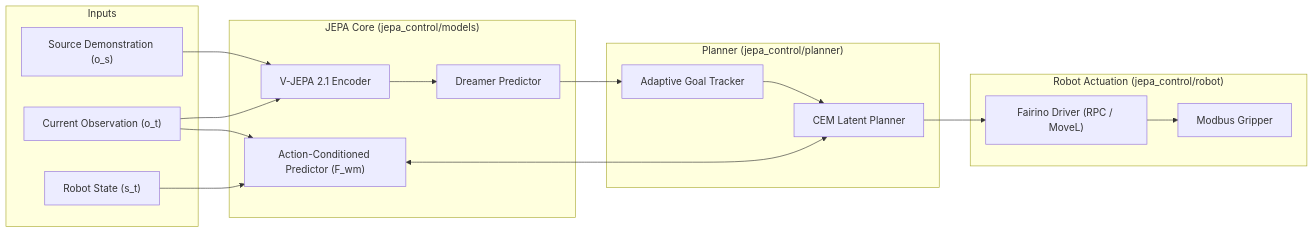
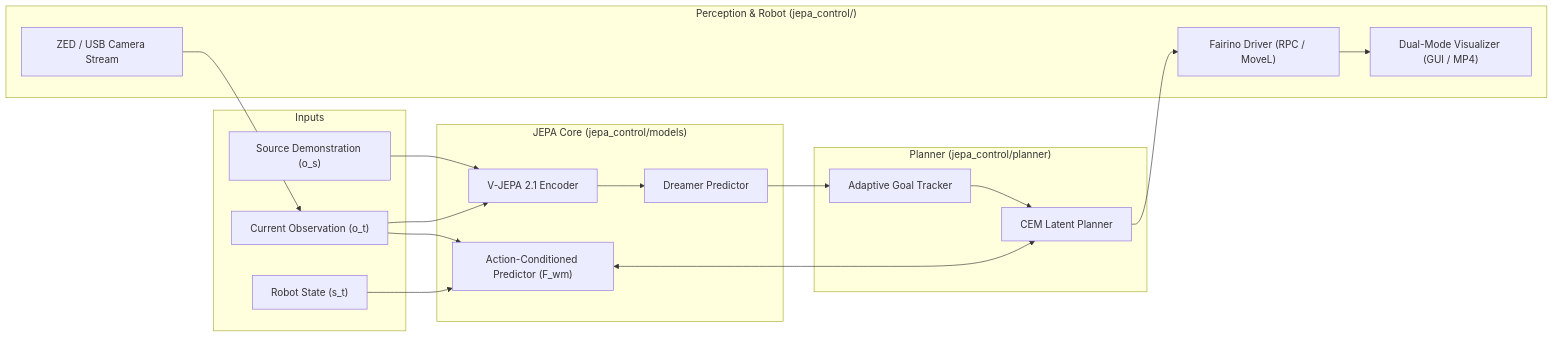
Before and after one commit to vivek-v-ingle/jepa-world-model-control: the diagram in README.md, drawn with Mermaid. The commit also changed other lines of this file, not shown here.

Commit message:
docs: update README with github repo link, venv/uv instructions, and live ZED execution guide

````diff
--- a/README.md
+++ b/README.md
@@ -15,33 +15,35 @@
 ```mermaid
 graph LR
     subgraph Inputs
         Demo["Source Demonstration (o_s)"]
         Obs["Current Observation (o_t)"]
         Proprio["Robot State (s_t)"]
     end
 
     subgraph "JEPA Core (jepa_control/models)"
         Encoder["V-JEPA 2.1 Encoder"]
         Dreamer["Dreamer Predictor"]
         WorldModel["Action-Conditioned Predictor (F_wm)"]
     end
 
     subgraph "Planner (jepa_control/planner)"
         CEM["CEM Latent Planner"]
         Tracker["Adaptive Goal Tracker"]
     end
 
-    subgraph "Robot Actuation (jepa_control/robot)"
+    subgraph "Perception & Robot (jepa_control/)"
+        Camera["ZED / USB Camera Stream"]
         Driver["Fairino Driver (RPC / MoveL)"]
-        Gripper["Modbus Gripper"]
+        Vis["Dual-Mode Visualizer (GUI / MP4)"]
     end
 
     Demo & Obs --> Encoder
     Encoder --> Dreamer
     Dreamer --> Tracker
     Tracker --> CEM
     Proprio & Obs --> WorldModel
     WorldModel <--> CEM
+    Camera --> Obs
     CEM --> Driver
-    Driver --> Gripper
+    Driver --> Vis
 ```
````
